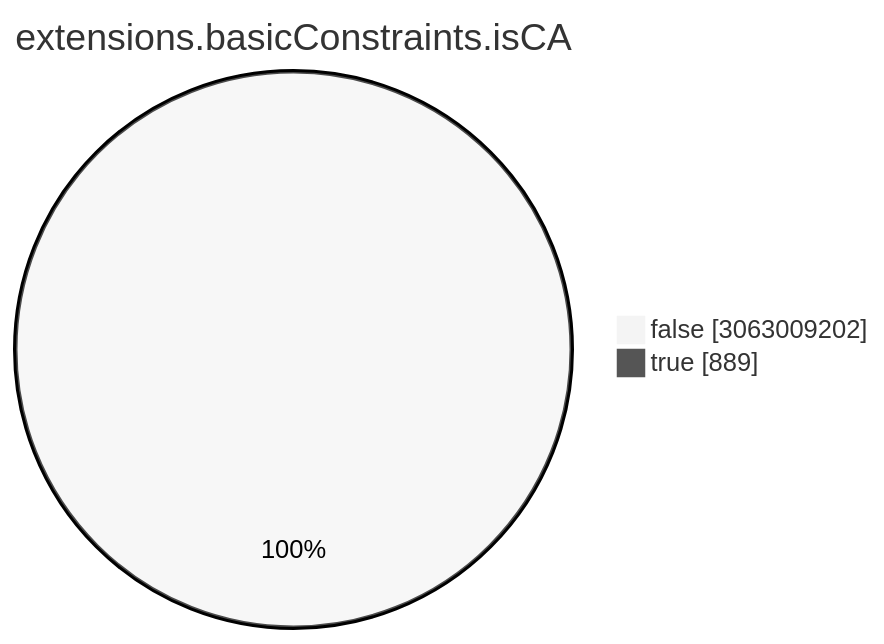
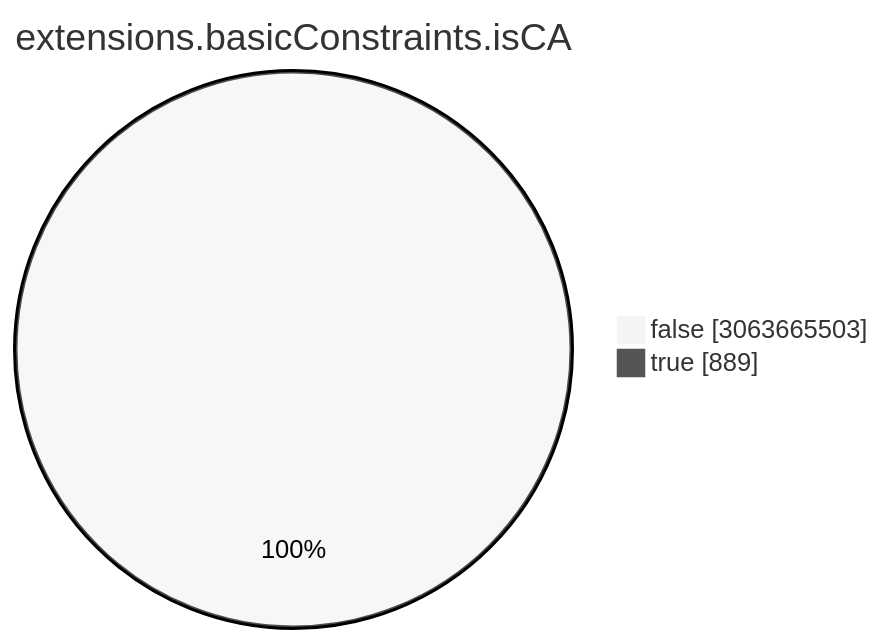
The seventh of 15 diagrams in TOTAL/README.md (christiankrug/ctmonitor_visualization), drawn with Mermaid (neutral theme) before and after one commit. The commit also changed other lines of this file, not shown here.

````diff
--- a/TOTAL/README.md
+++ b/TOTAL/README.md
@@ -3088,6 +3088,6 @@
 ```mermaid
 pie showData
 title extensions.basicConstraints.isCA
-"false" :3063009202
+"false" :3063665503
 "true" :889
 ```
````
